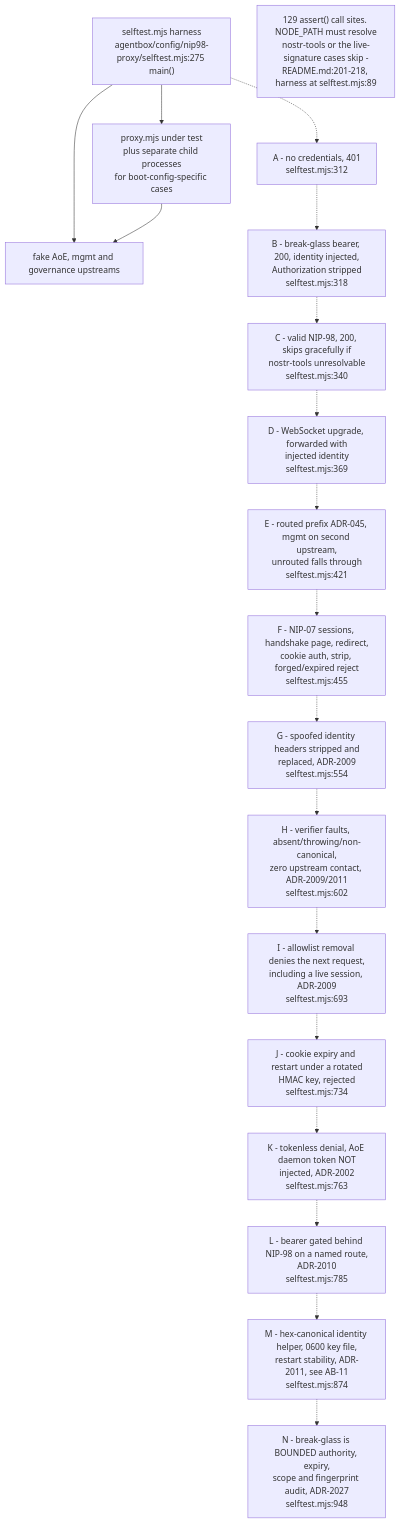
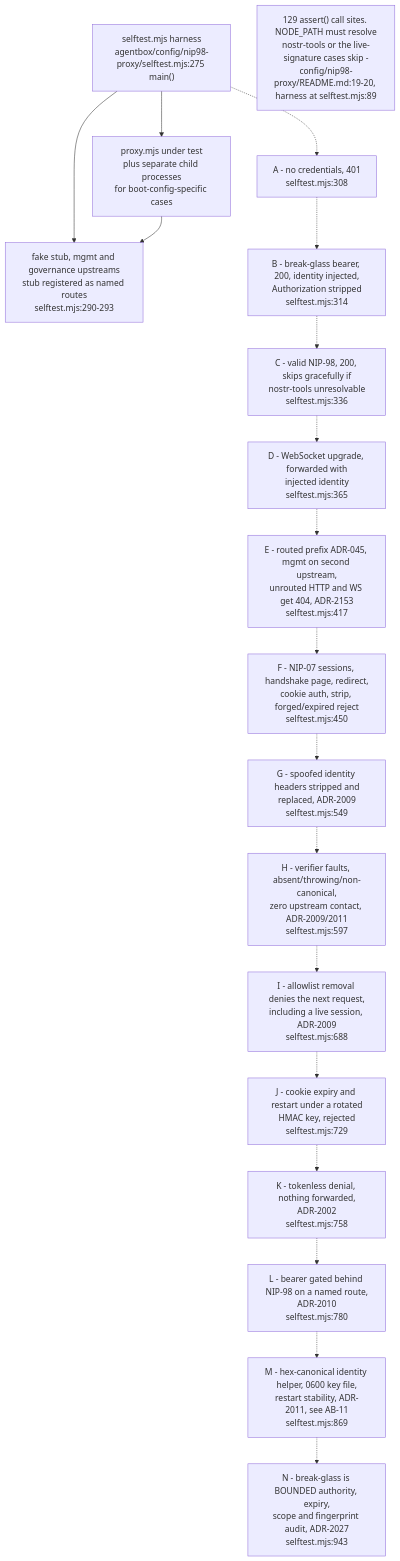
One commit to DreamLab-AI/VisionFlow changed diagram 12 of 13 in docs/diagrams/agentbox/10-ingress-nip98-proxy-and-aoe.md. Above: the diagram before and after it, drawn with Mermaid. The commit also changed other lines of this file and 145 other files, not shown here.

````diff
--- a/docs/diagrams/agentbox/10-ingress-nip98-proxy-and-aoe.md
+++ b/docs/diagrams/agentbox/10-ingress-nip98-proxy-and-aoe.md
@@ -510,39 +502,39 @@
 ```mermaid
 flowchart TB
     HARNESS["selftest.mjs harness<br/>agentbox/config/nip98-proxy/selftest.mjs:275 main()"]
     PUT["proxy.mjs under test<br/>plus separate child processes<br/>for boot-config-specific cases"]
-    FAKE["fake AoE, mgmt and governance upstreams"]
-    A["A - no credentials, 401<br/>selftest.mjs:312"]
-    B["B - break-glass bearer, 200, identity injected,<br/>Authorization stripped<br/>selftest.mjs:318"]
-    C["C - valid NIP-98, 200, skips gracefully if<br/>nostr-tools unresolvable<br/>selftest.mjs:340"]
-    D["D - WebSocket upgrade, forwarded with<br/>injected identity<br/>selftest.mjs:369"]
-    E["E - routed prefix ADR-045, mgmt on second upstream,<br/>unrouted falls through<br/>selftest.mjs:421"]
-    F["F - NIP-07 sessions, handshake page, redirect,<br/>cookie auth, strip, forged/expired reject<br/>selftest.mjs:455"]
-    G["G - spoofed identity headers stripped and<br/>replaced, ADR-2009<br/>selftest.mjs:554"]
-    H["H - verifier faults, absent/throwing/non-canonical,<br/>zero upstream contact, ADR-2009/2011<br/>selftest.mjs:602"]
-    I["I - allowlist removal denies the next request,<br/>including a live session, ADR-2009<br/>selftest.mjs:693"]
-    J["J - cookie expiry and restart under a rotated<br/>HMAC key, rejected<br/>selftest.mjs:734"]
-    K["K - tokenless denial, AoE daemon token NOT<br/>injected, ADR-2002<br/>selftest.mjs:763"]
-    L["L - bearer gated behind NIP-98 on a named route,<br/>ADR-2010<br/>selftest.mjs:785"]
-    M["M - hex-canonical identity helper, 0600 key file,<br/>restart stability, ADR-2011, see AB-11<br/>selftest.mjs:874"]
-    N["N - break-glass is BOUNDED authority, expiry,<br/>scope and fingerprint audit, ADR-2027<br/>selftest.mjs:948"]
-    NOTE1["129 assert() call sites. NODE_PATH must resolve<br/>nostr-tools or the live-signature cases skip -<br/>README.md:201-218, harness at selftest.mjs:89"]
+    FAKE["fake stub, mgmt and governance upstreams<br/>stub registered as named routes<br/>selftest.mjs:290-293"]
+    A["A - no credentials, 401<br/>selftest.mjs:308"]
+    B["B - break-glass bearer, 200, identity injected,<br/>Authorization stripped<br/>selftest.mjs:314"]
+    C["C - valid NIP-98, 200, skips gracefully if<br/>nostr-tools unresolvable<br/>selftest.mjs:336"]
+    D["D - WebSocket upgrade, forwarded with<br/>injected identity<br/>selftest.mjs:365"]
+    E["E - routed prefix ADR-045, mgmt on second upstream,<br/>unrouted HTTP and WS get 404, ADR-2153<br/>selftest.mjs:417"]
+    F["F - NIP-07 sessions, handshake page, redirect,<br/>cookie auth, strip, forged/expired reject<br/>selftest.mjs:450"]
+    G["G - spoofed identity headers stripped and<br/>replaced, ADR-2009<br/>selftest.mjs:549"]
+    H["H - verifier faults, absent/throwing/non-canonical,<br/>zero upstream contact, ADR-2009/2011<br/>selftest.mjs:597"]
+    I["I - allowlist removal denies the next request,<br/>including a live session, ADR-2009<br/>selftest.mjs:688"]
+    J["J - cookie expiry and restart under a rotated<br/>HMAC key, rejected<br/>selftest.mjs:729"]
+    K["K - tokenless denial, nothing forwarded,<br/>ADR-2002<br/>selftest.mjs:758"]
+    L["L - bearer gated behind NIP-98 on a named route,<br/>ADR-2010<br/>selftest.mjs:780"]
+    M["M - hex-canonical identity helper, 0600 key file,<br/>restart stability, ADR-2011, see AB-11<br/>selftest.mjs:869"]
+    N["N - break-glass is BOUNDED authority, expiry,<br/>scope and fingerprint audit, ADR-2027<br/>selftest.mjs:943"]
+    NOTE1["129 assert() call sites. NODE_PATH must resolve<br/>nostr-tools or the live-signature cases skip -<br/>config/nip98-proxy/README.md:19-20, harness at selftest.mjs:89"]
 
     HARNESS --> PUT
     HARNESS --> FAKE
     PUT --> FAKE
     HARNESS -.-> A
     A -.-> B
     B -.-> C
     C -.-> D
     D -.-> E
     E -.-> F
     F -.-> G
     G -.-> H
     H -.-> I
     I -.-> J
     J -.-> K
     K -.-> L
     L -.-> M
     M -.-> N
 ```
````
